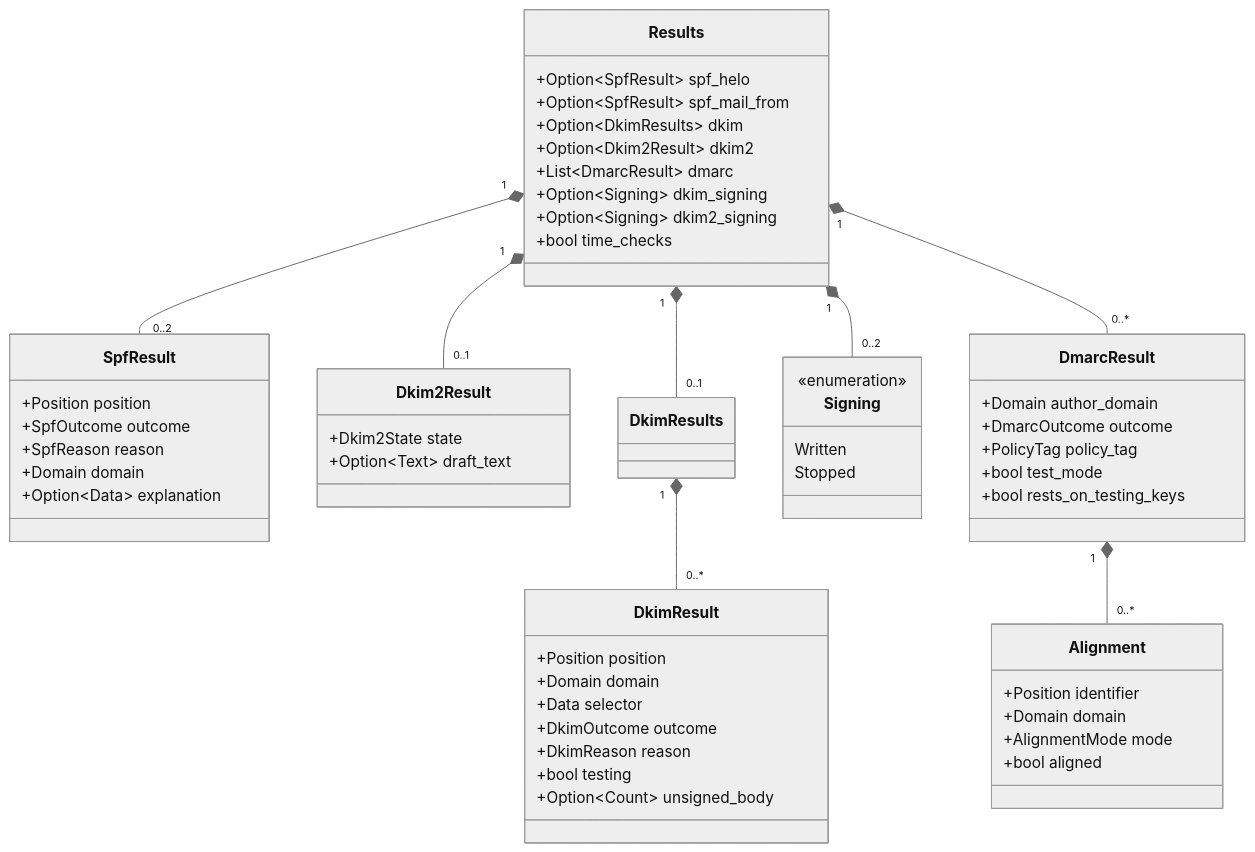
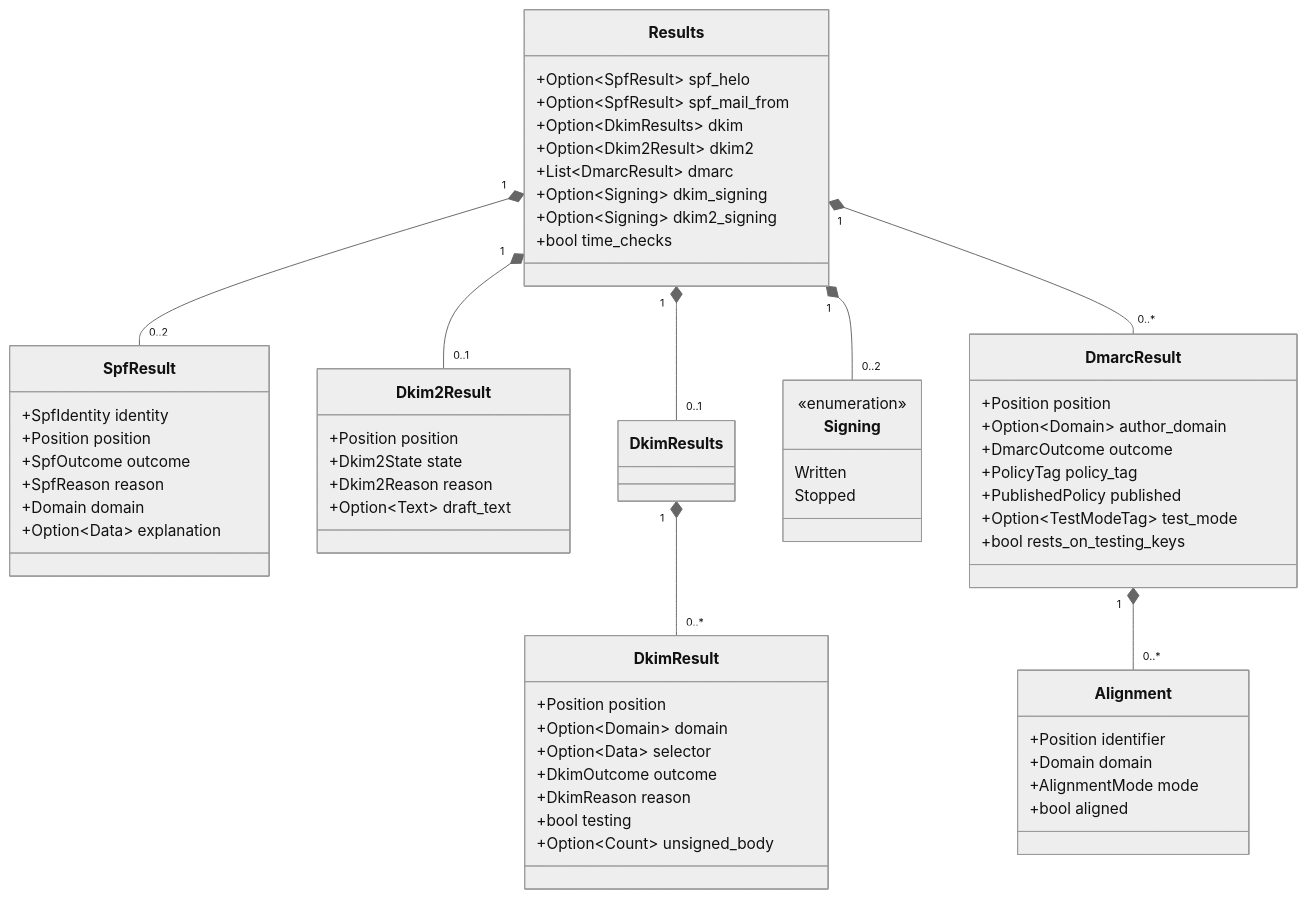
Before and after one commit to photom/hallmark: the fifth of 6 diagrams in docs/reference/design/domain-model.md, drawn with Mermaid (neutral theme). The commit also changed other lines of this file and 45 other files, not shown here.

````diff
--- a/docs/reference/design/domain-model.md
+++ b/docs/reference/design/domain-model.md
@@ -248,58 +251,63 @@
 ```mermaid
 classDiagram
     class Results {
         +Option~SpfResult~ spf_helo
         +Option~SpfResult~ spf_mail_from
         +Option~DkimResults~ dkim
         +Option~Dkim2Result~ dkim2
         +List~DmarcResult~ dmarc
         +Option~Signing~ dkim_signing
         +Option~Signing~ dkim2_signing
         +bool time_checks
     }
     class SpfResult {
+        +SpfIdentity identity
         +Position position
         +SpfOutcome outcome
         +SpfReason reason
         +Domain domain
         +Option~Data~ explanation
     }
     class DkimResult {
         +Position position
-        +Domain domain
-        +Data selector
+        +Option~Domain~ domain
+        +Option~Data~ selector
         +DkimOutcome outcome
         +DkimReason reason
         +bool testing
         +Option~Count~ unsigned_body
     }
     class Dkim2Result {
+        +Position position
         +Dkim2State state
+        +Dkim2Reason reason
         +Option~Text~ draft_text
     }
     class DmarcResult {
-        +Domain author_domain
+        +Position position
+        +Option~Domain~ author_domain
         +DmarcOutcome outcome
         +PolicyTag policy_tag
-        +bool test_mode
+        +PublishedPolicy published
+        +Option~TestModeTag~ test_mode
         +bool rests_on_testing_keys
     }
     class Alignment {
         +Position identifier
         +Domain domain
         +AlignmentMode mode
         +bool aligned
     }
     class Signing {
         <<enumeration>>
         Written
         Stopped
     }
     Results "1" *-- "0..2" SpfResult
     Results "1" *-- "0..1" DkimResults
     DkimResults "1" *-- "0..*" DkimResult
     Results "1" *-- "0..1" Dkim2Result
     Results "1" *-- "0..*" DmarcResult
     DmarcResult "1" *-- "0..*" Alignment
     Results "1" *-- "0..2" Signing
 ```
````
